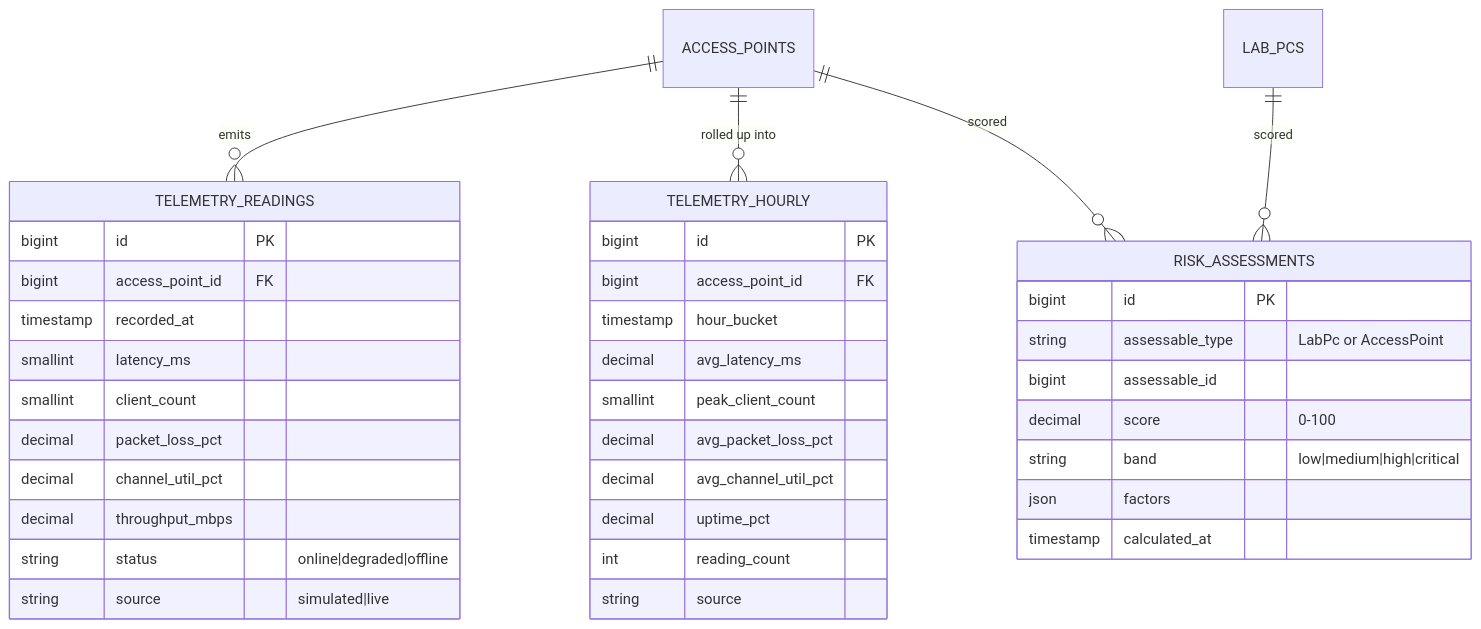
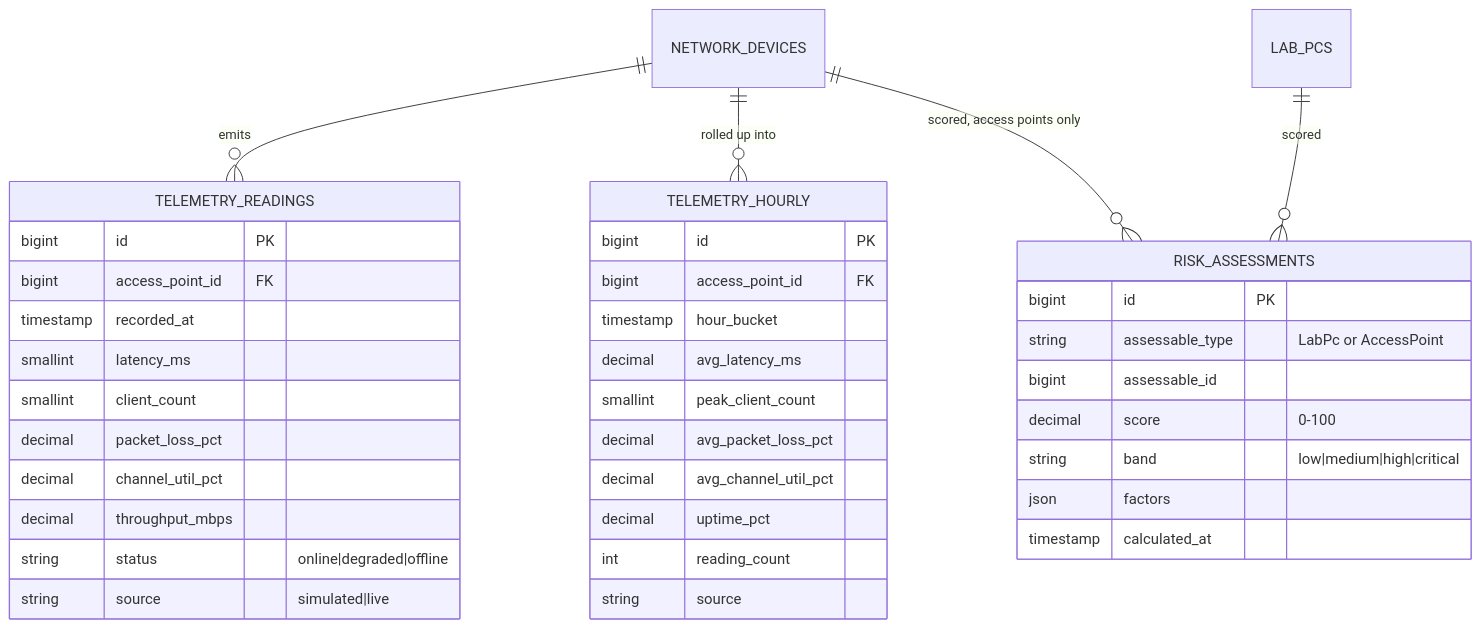
The third of 3 diagrams in docs/04-database.md (phone292025/atlas-netcare), drawn with Mermaid before and after one commit. The commit also changed other lines of this file and 50 other files, not shown here.

````diff
--- a/docs/04-database.md
+++ b/docs/04-database.md
@@ -268,41 +272,41 @@
 ```mermaid
 erDiagram
-    ACCESS_POINTS ||--o{ TELEMETRY_READINGS : emits
-    ACCESS_POINTS ||--o{ TELEMETRY_HOURLY : "rolled up into"
-    ACCESS_POINTS ||--o{ RISK_ASSESSMENTS : scored
+    NETWORK_DEVICES ||--o{ TELEMETRY_READINGS : emits
+    NETWORK_DEVICES ||--o{ TELEMETRY_HOURLY : "rolled up into"
+    NETWORK_DEVICES ||--o{ RISK_ASSESSMENTS : "scored, access points only"
     LAB_PCS ||--o{ RISK_ASSESSMENTS : scored
 
     TELEMETRY_READINGS {
         bigint id PK
         bigint access_point_id FK
         timestamp recorded_at
         smallint latency_ms
         smallint client_count
         decimal packet_loss_pct
         decimal channel_util_pct
         decimal throughput_mbps
         string status "online|degraded|offline"
         string source "simulated|live"
     }
     TELEMETRY_HOURLY {
         bigint id PK
         bigint access_point_id FK
         timestamp hour_bucket
         decimal avg_latency_ms
         smallint peak_client_count
         decimal avg_packet_loss_pct
         decimal avg_channel_util_pct
         decimal uptime_pct
         int reading_count
         string source
     }
     RISK_ASSESSMENTS {
         bigint id PK
         string assessable_type "LabPc or AccessPoint"
         bigint assessable_id
         decimal score "0-100"
         string band "low|medium|high|critical"
         json factors
         timestamp calculated_at
     }
 ```
````
